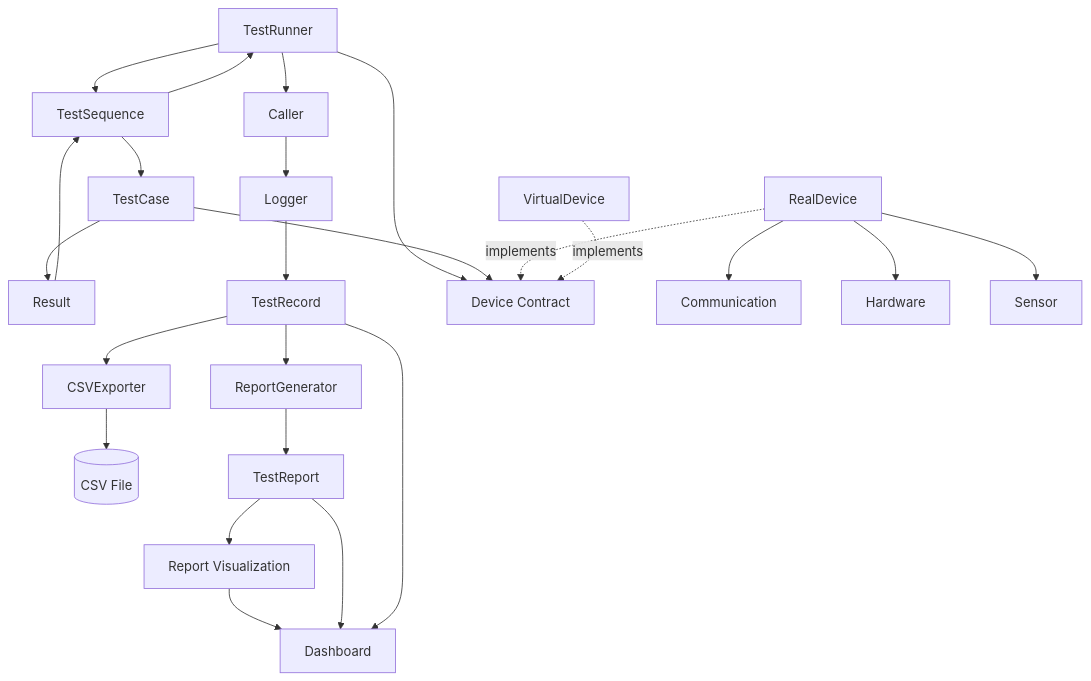
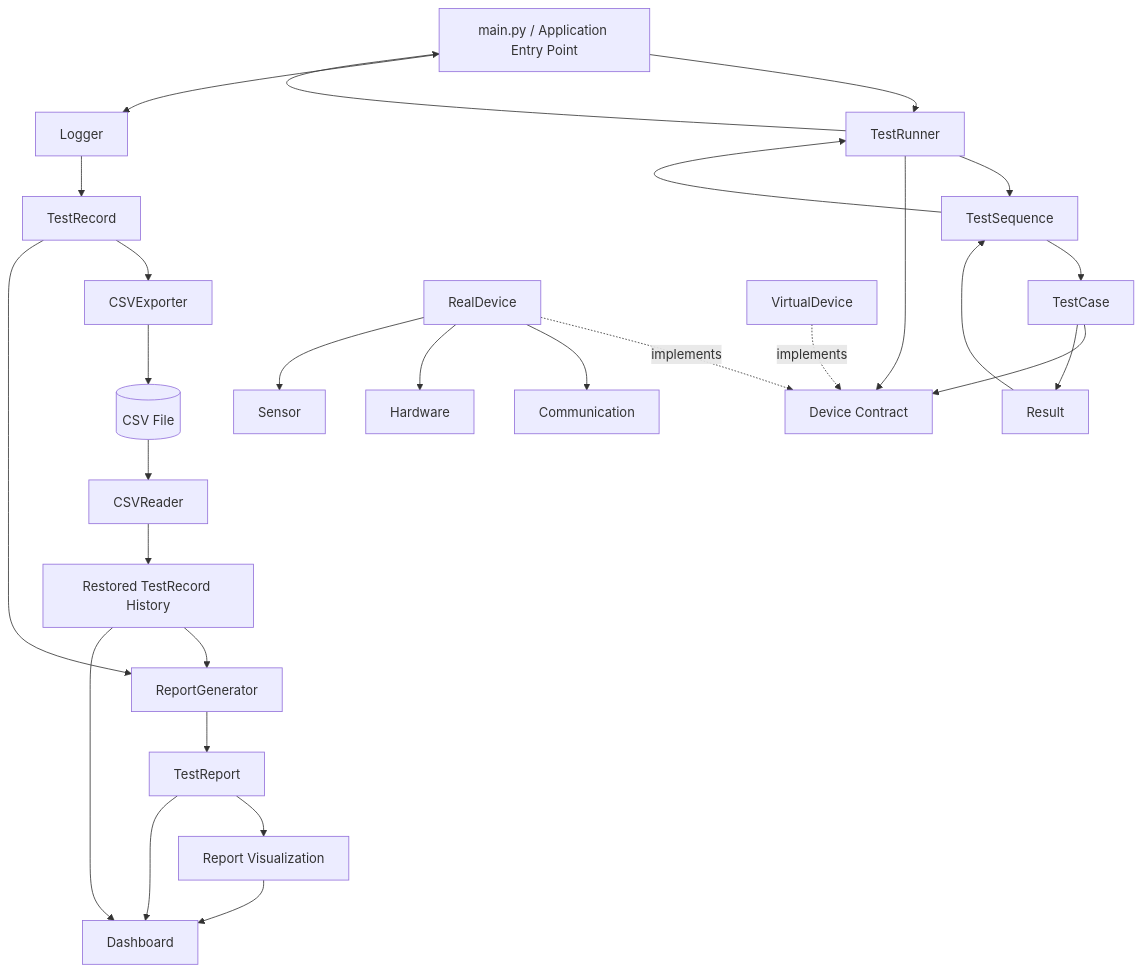
Before and after one commit to chengyeyang/hybrid-reliability-lab: the first of 2 diagrams in docs/architecture.md, drawn with Mermaid. The commit also changed other lines of this file and 2 other files, not shown here.

First line of the commit message:
Integrate the Complete End-to-End Test Pipeline. Close #18

````diff
--- a/docs/architecture.md
+++ b/docs/architecture.md
@@ -151,52 +170,58 @@
 ```mermaid
 flowchart TD
+    MAIN[main.py / Application Entry Point]
     TR[TestRunner]
     TS[TestSequence]
     TC[TestCase]
     RES[Result]
-    CALLER[Caller]
     LOG[Logger]
     TREC[TestRecord]
     EXP[CSVExporter]
     CSV[(CSV File)]
+    READ[CSVReader]
+    HTREC[Restored TestRecord History]
     RGEN[ReportGenerator]
     RPT[TestReport]
     VIS[Report Visualization]
     DASH[Dashboard]
     DEV[Device Contract]
     REAL[RealDevice]
     VIRTUAL[VirtualDevice]
     COM[Communication]
     HW[Hardware]
     SEN[Sensor]
 
+    MAIN --> TR
     TR --> TS
     TR --> DEV
     TS --> TC
     TC --> DEV
     TC --> RES
     RES --> TS
     TS --> TR
-    TR --> CALLER
+    TR --> MAIN
 
-    CALLER --> LOG
+    MAIN --> LOG
     LOG --> TREC
 
     TREC --> EXP
     EXP --> CSV
 
     TREC --> RGEN
     RGEN --> RPT
 
+    CSV --> READ
+    READ --> HTREC
+    HTREC --> RGEN
+    HTREC --> DASH
+
     RPT --> VIS
     VIS --> DASH
-
     RPT --> DASH
-    TREC --> DASH
 
     REAL -. implements .-> DEV
     VIRTUAL -. implements .-> DEV
     REAL --> COM
     REAL --> HW
     REAL --> SEN
 ```
````
